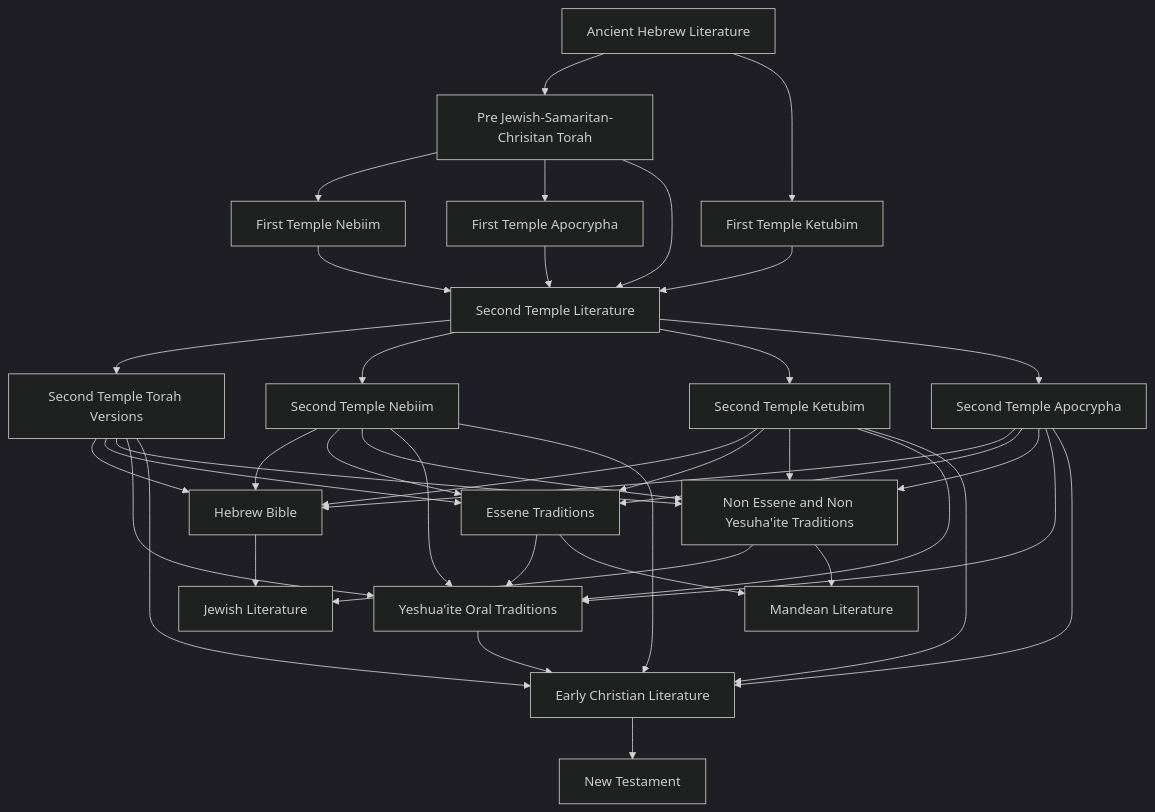
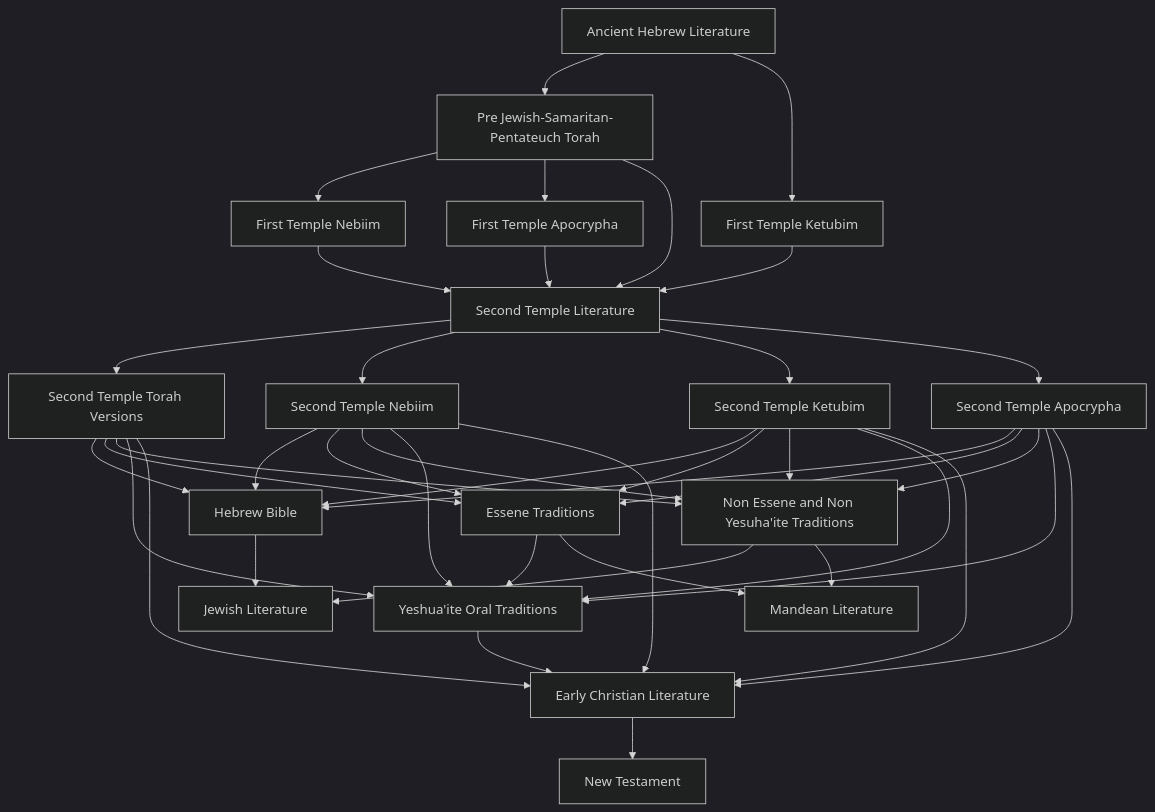
Before and after one commit to bendqh1/mermaid: the diagram in judeo_christian_religious_literature.mermaid, drawn with Mermaid (dark theme).

```diff
--- a/judeo_christian_religious_literature.mermaid
+++ b/judeo_christian_religious_literature.mermaid
@@ -1,24 +1,24 @@
 flowchart TD
     A1[Ancient Hebrew Literature]
-    A1 --> A2[Pre Jewish-Samaritan-Chrisitan Torah]
+    A1 --> A2[Pre Jewish-Samaritan-Pentateuch Torah]
     A2 --> A3[First Temple Nebiim] 
     A1 --> A4[First Temple Ketubim]
     A2 --> A5[First Temple Apocrypha]
     
     A2 & A3 & A4 & A5 --> B1[Second Temple Literature]
 
     B1 --> B2[Second Temple Torah Versions]
     B1 --> B3[Second Temple Nebiim]
     B1 --> B4[Second Temple Ketubim]
     B1 --> B5[Second Temple Apocrypha]
 
     B2 & B3 & B4 & B5 --> C1[Hebrew Bible]
     B2 & B3 & B4 & B5 --> C2[Essene Traditions]
     B2 & B3 & B4 & B5 --> C3[Non Essene and Non Yesuha'ite Traditions]
     B2 & B3 & B4 & B5 & C2 --> C4[Yeshua'ite Oral Traditions]
 
     C1 & C3 --> D1[Jewish Literature]
     C2 & C3 --> D2[Mandean Literature]
     B2 & B3 & B4 & B5 & C4 --> D3[Early Christian Literature]
 
     D3 --> E1[New Testament]
```
